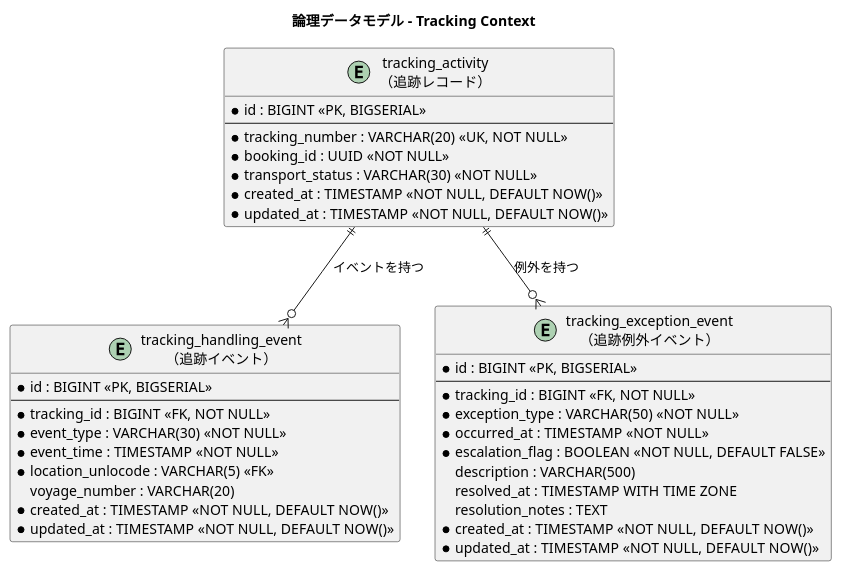
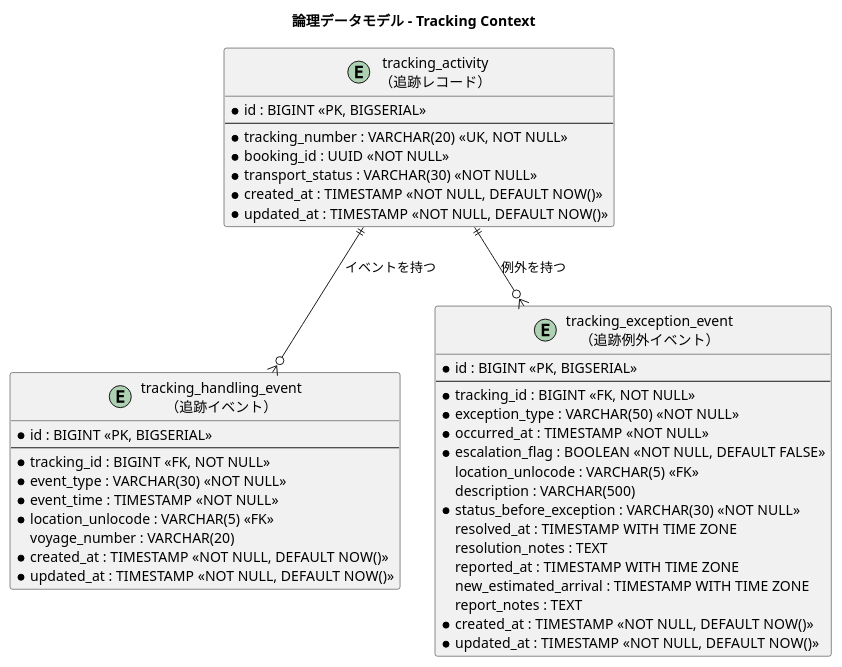
The fifth of 9 diagrams in docs/design/data-model.md (k2works/case-study-cargo-tracker), drawn with PlantUML before and after one commit. The commit also changed other lines of this file and 3 other files, not shown here.

````diff
--- a/docs/design/data-model.md
+++ b/docs/design/data-model.md
@@ -436,45 +436,50 @@
 ```plantuml
 @startuml
 title 論理データモデル - Tracking Context
 
 entity "tracking_activity\n（追跡レコード）" as tracking_activity {
   * id : BIGINT <<PK, BIGSERIAL>>
   --
   * tracking_number : VARCHAR(20) <<UK, NOT NULL>>
   * booking_id : UUID <<NOT NULL>>
   * transport_status : VARCHAR(30) <<NOT NULL>>
   * created_at : TIMESTAMP <<NOT NULL, DEFAULT NOW()>>
   * updated_at : TIMESTAMP <<NOT NULL, DEFAULT NOW()>>
 }
 
 entity "tracking_handling_event\n（追跡イベント）" as tracking_handling_event {
   * id : BIGINT <<PK, BIGSERIAL>>
   --
   * tracking_id : BIGINT <<FK, NOT NULL>>
   * event_type : VARCHAR(30) <<NOT NULL>>
   * event_time : TIMESTAMP <<NOT NULL>>
   * location_unlocode : VARCHAR(5) <<FK>>
   voyage_number : VARCHAR(20)
   * created_at : TIMESTAMP <<NOT NULL, DEFAULT NOW()>>
   * updated_at : TIMESTAMP <<NOT NULL, DEFAULT NOW()>>
 }
 
 entity "tracking_exception_event\n（追跡例外イベント）" as tracking_exception_event {
   * id : BIGINT <<PK, BIGSERIAL>>
   --
   * tracking_id : BIGINT <<FK, NOT NULL>>
   * exception_type : VARCHAR(50) <<NOT NULL>>
   * occurred_at : TIMESTAMP <<NOT NULL>>
   * escalation_flag : BOOLEAN <<NOT NULL, DEFAULT FALSE>>
+  location_unlocode : VARCHAR(5) <<FK>>
   description : VARCHAR(500)
+  * status_before_exception : VARCHAR(30) <<NOT NULL>>
   resolved_at : TIMESTAMP WITH TIME ZONE
   resolution_notes : TEXT
+  reported_at : TIMESTAMP WITH TIME ZONE
+  new_estimated_arrival : TIMESTAMP WITH TIME ZONE
+  report_notes : TEXT
   * created_at : TIMESTAMP <<NOT NULL, DEFAULT NOW()>>
   * updated_at : TIMESTAMP <<NOT NULL, DEFAULT NOW()>>
 }
 
 tracking_activity ||--o{ tracking_handling_event : "イベントを持つ"
 tracking_activity ||--o{ tracking_exception_event : "例外を持つ"
 
 @enduml
 ```
````
